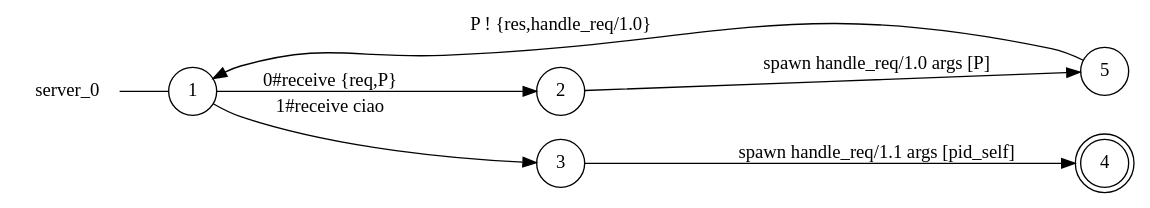
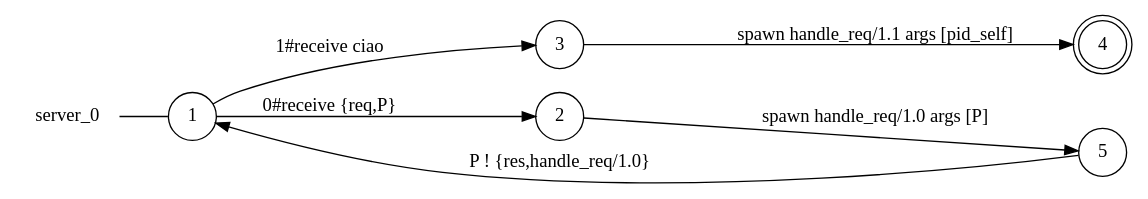
The diagram in examples/serverclient/server_0_local_view.dot (gabrielegenovese/chorer), drawn with Graphviz before and after one commit. The commit also changed 95 other files, not shown here.

Commit message:
tiny refactor db and settings module created minimize done only on graph saving globalview  now supports epsilon transitions

```diff
--- a/examples/serverclient/server_0_local_view.dot
+++ b/examples/serverclient/server_0_local_view.dot
@@ -1,16 +1,16 @@
 digraph server_0 {
 	rankdir="LR";
 	n_0 [label="server_0", shape="plaintext"];
-	n_1 [id="6", shape=circle, label="5"];
-	n_2 [id="1", shape=circle, label="1"];
-	n_0 -> n_2 [arrowhead=none];
-	n_3 [id="2", shape=circle, label="2"];
-	n_4 [id="4", shape=circle, label="3"];
-	n_5 [id="3", shape=doublecircle, label="4"];
+	n_1 [id="1", shape=circle, label="1"];
+	n_0 -> n_1 [arrowhead=none];
+	n_2 [id="4", shape=circle, label="3"];
+	n_3 [id="6", shape=circle, label="5"];
+	n_4 [id="3", shape=doublecircle, label="4"];
+	n_5 [id="2", shape=circle, label="2"];
 
-	n_4 -> n_5 [id="[$e|1]", label="spawn handle_req/1.1 args [pid_self]"];
-	n_3 -> n_1 [id="[$e|2]", label="spawn handle_req/1.0 args [P]"];
-	n_2 -> n_3 [id="[$e|3]", label="0#receive {req,P}"];
-	n_1 -> n_2 [id="[$e|7]", label="P ! {res,handle_req/1.0}"];
-	n_2 -> n_4 [id="[$e|4]", label="1#receive ciao"];
+	n_2 -> n_4 [id="[$e|1]", label="spawn handle_req/1.1 args [pid_self]"];
+	n_5 -> n_3 [id="[$e|2]", label="spawn handle_req/1.0 args [P]"];
+	n_1 -> n_5 [id="[$e|3]", label="0#receive {req,P}"];
+	n_1 -> n_2 [id="[$e|4]", label="1#receive ciao"];
+	n_3 -> n_1 [id="[$e|7]", label="P ! {res,handle_req/1.0}"];
 }
```
